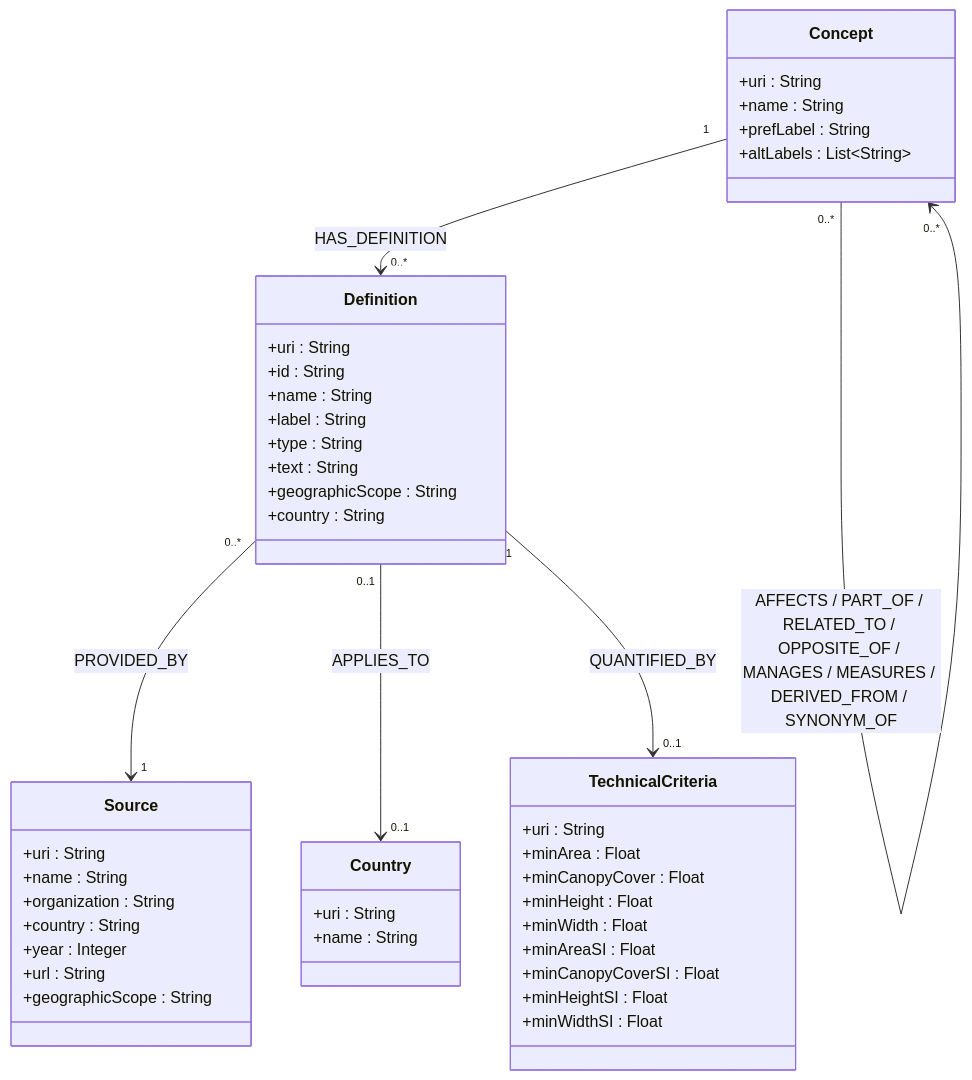
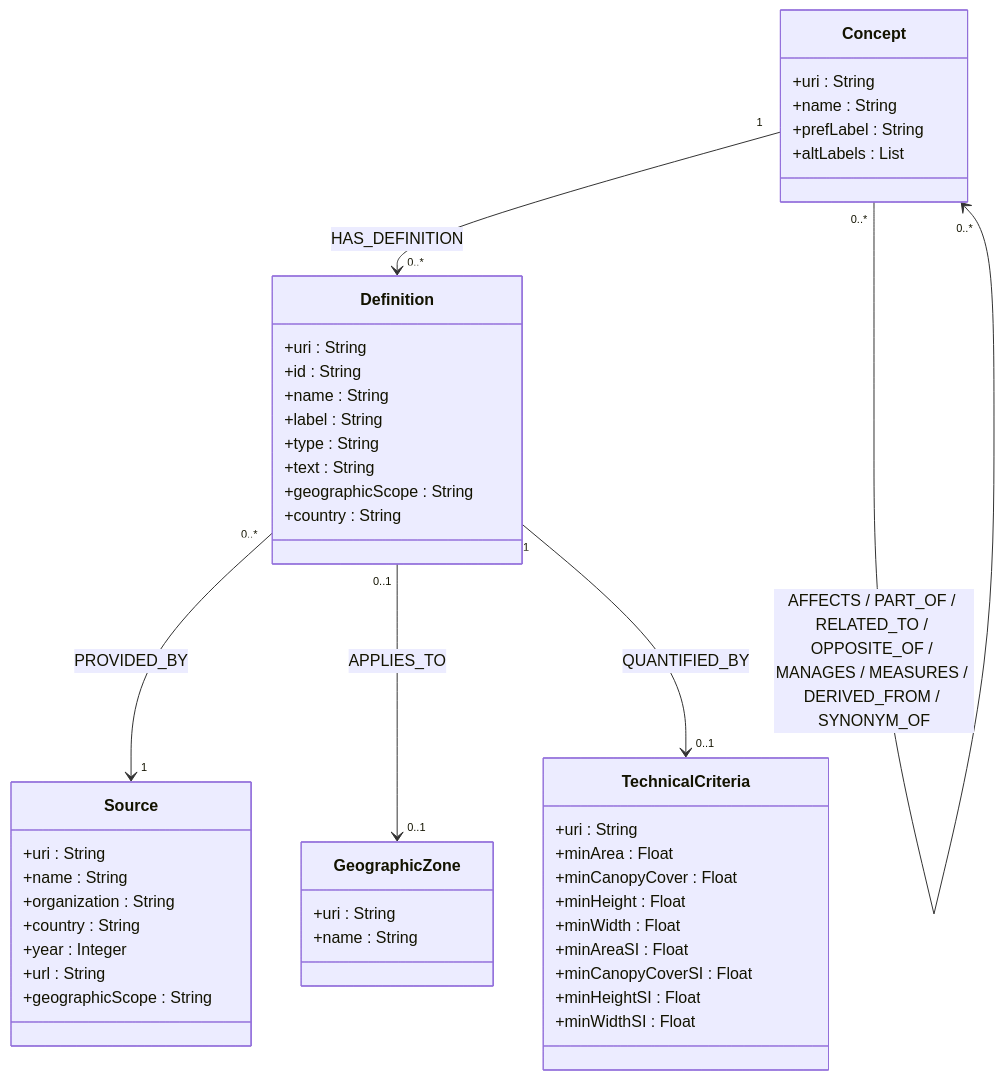
One commit to mba31/TER-GaphRAG changed the diagram in diagrams/class_diagram_v2.md. Above: the diagram before and after it, drawn with Mermaid. The commit also changed 2 other files, not shown here.

Commit message:
diagram edit md compliant

````diff
--- a/diagrams/class_diagram_v2.md
+++ b/diagrams/class_diagram_v2.md
@@ -5,53 +5,60 @@
 ```mermaid
 classDiagram
-    class Concept {
-        +uri : String
-        +name : String
-        +prefLabel : String
-        +altLabels : List~String~
-    }
+   class Concept {
+       +uri : String
+       +name : String
+       +prefLabel : String
+       +altLabels : List<String>
+   }
 
-    class Definition {
-        +uri : String
-        +id : String
-        +name : String
-        +label : String
-        +type : String
-        +text : String
-        +geographicScope : String
-        +country : String
-    }
 
-    class Source {
-        +uri : String
-        +name : String
-        +organization : String
-        +country : String
-        +year : Integer
-        +url : String
-        +geographicScope : String
-    }
+   class Definition {
+       +uri : String
+       +id : String
+       +name : String
+       +label : String
+       +type : String
+       +text : String
+       +geographicScope : String
+       +country : String
+   }
 
-    class Country {
-      +uri : String
-      +name : String
-    }
 
-    class TechnicalCriteria {
-        +uri : String
-        +minArea : Float
-        +minCanopyCover : Float
-        +minHeight : Float
-        +minWidth : Float
-        +minAreaSI : Float
-        +minCanopyCoverSI : Float
-        +minHeightSI : Float
-        +minWidthSI : Float
-    }
+   class Source {
+       +uri : String
+       +name : String
+       +organization : String
+       +country : String
+       +year : Integer
+       +url : String
+       +geographicScope : String
+   }
 
-    Concept "1" --> "0..*" Definition : HAS_DEFINITION
-    Concept "0..*" --> "0..*" Concept : AFFECTS / PART_OF / RELATED_TO / OPPOSITE_OF / MANAGES / MEASURES / DERIVED_FROM / SYNONYM_OF
-    Definition "0..*" --> "1" Source : PROVIDED_BY
-    Definition "0..1" --> "0..1" Country : APPLIES_TO
-    Definition "1" --> "0..1" TechnicalCriteria : QUANTIFIED_BY
+
+   class GeographicZone {
+     +uri : String
+     +name : String
+   }
+
+
+
+
+   class TechnicalCriteria {
+       +uri : String
+       +minArea : Float
+       +minCanopyCover : Float
+       +minHeight : Float
+       +minWidth : Float
+       +minAreaSI : Float
+       +minCanopyCoverSI : Float
+       +minHeightSI : Float
+       +minWidthSI : Float
+   }
+
+
+   Concept "1" --> "0..*" Definition : HAS_DEFINITION
+   Concept "0..*" --> "0..*" Concept : AFFECTS / PART_OF / RELATED_TO / OPPOSITE_OF / MANAGES / MEASURES / DERIVED_FROM / SYNONYM_OF
+   Definition "0..*" --> "1" Source : PROVIDED_BY
+   Definition "0..1" --> "0..1" GeographicZone : APPLIES_TO
+   Definition "1" --> "0..1" TechnicalCriteria : QUANTIFIED_BY
 ```
````
